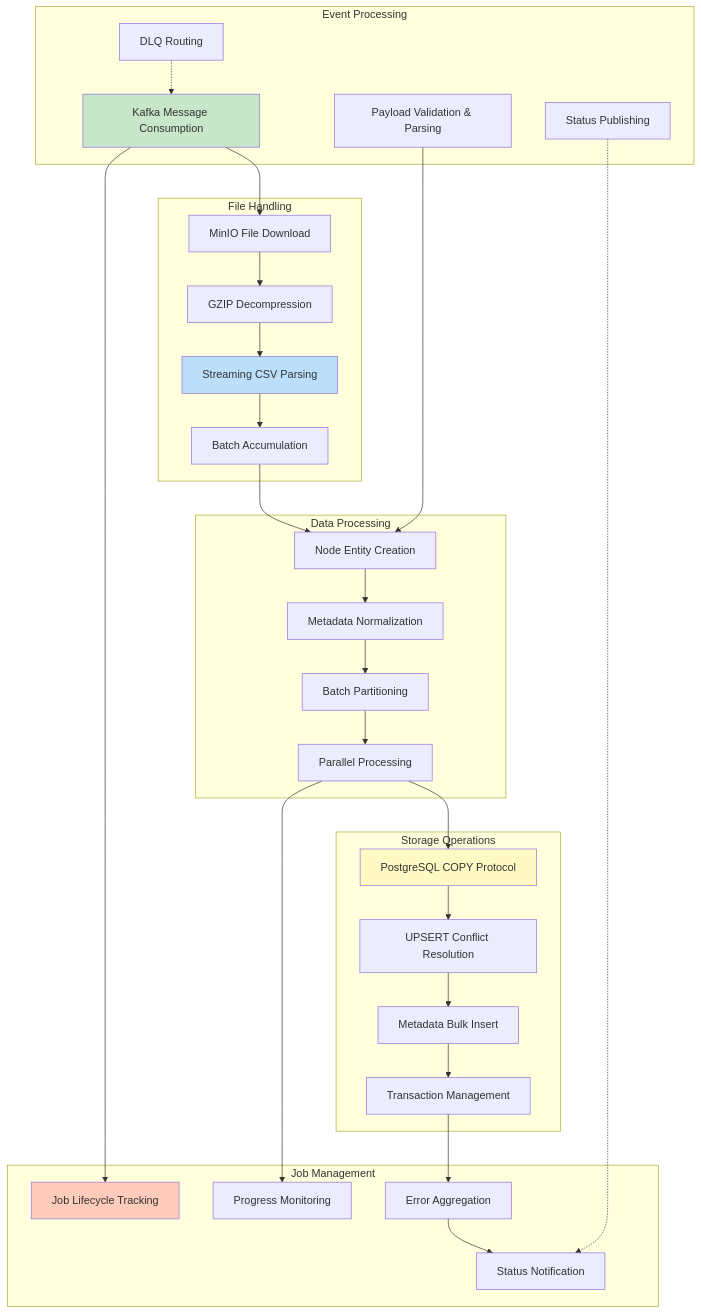
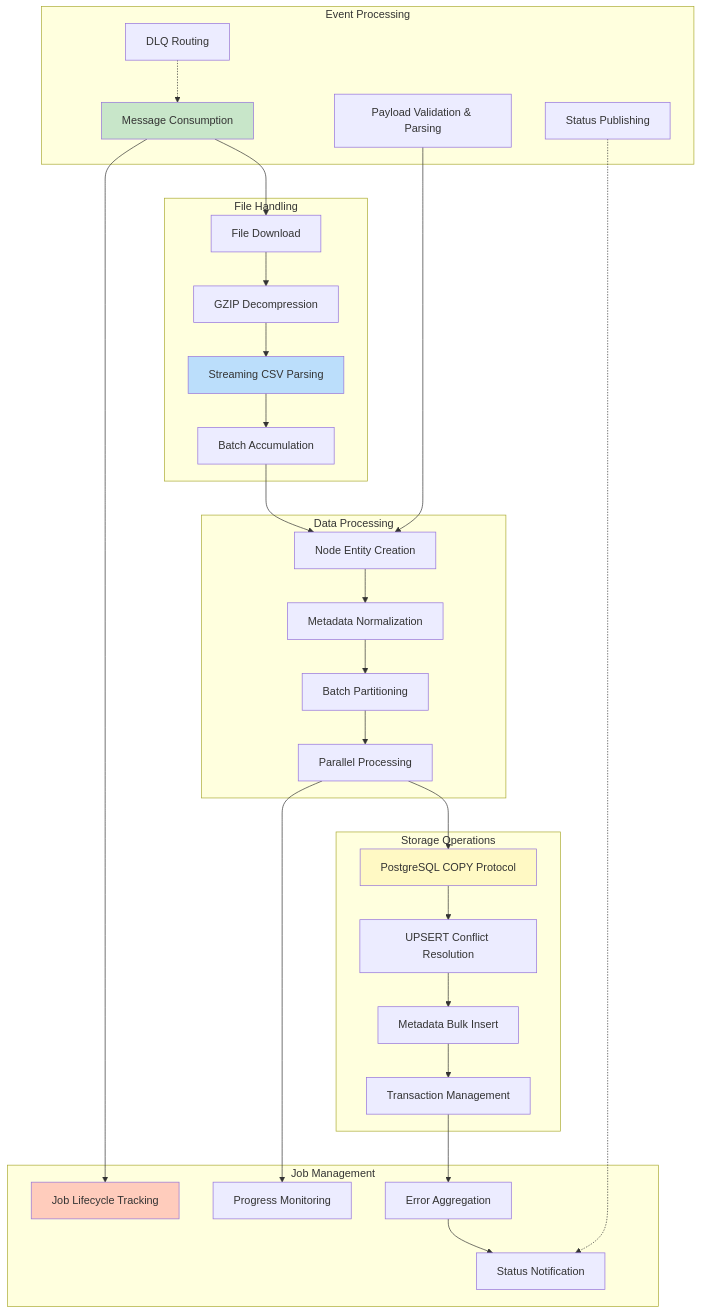
The second of 7 diagrams in docs/High Level Designs/NodesImport.md (kagit00/schedule_x), drawn with Mermaid before and after one commit. The commit also changed other lines of this file and 7 other files, not shown here.

````diff
--- a/docs/High Level Designs/NodesImport.md
+++ b/docs/High Level Designs/NodesImport.md
@@ -93,66 +95,66 @@
 ```mermaid
 graph TB
     subgraph "Event Processing"
-        F1[Kafka Message Consumption]
+        F1[Message Consumption]
         F2[Payload Validation & Parsing]
         F3[DLQ Routing]
         F4[Status Publishing]
     end
     
     subgraph "File Handling"
-        F5[MinIO File Download]
+        F5[File Download]
         F6[GZIP Decompression]
         F7[Streaming CSV Parsing]
         F8[Batch Accumulation]
     end
     
     subgraph "Data Processing"
         F9[Node Entity Creation]
         F10[Metadata Normalization]
         F11[Batch Partitioning]
         F12[Parallel Processing]
     end
     
     subgraph "Storage Operations"
         F13[PostgreSQL COPY Protocol]
         F14[UPSERT Conflict Resolution]
         F15[Metadata Bulk Insert]
         F16[Transaction Management]
     end
     
     subgraph "Job Management"
         F17[Job Lifecycle Tracking]
         F18[Progress Monitoring]
         F19[Error Aggregation]
         F20[Status Notification]
     end
     
     F1 --> F5
     F5 --> F6
     F6 --> F7
     F7 --> F8
     
     F2 --> F9
     F8 --> F9
     F9 --> F10
     F10 --> F11
     F11 --> F12
     
     F12 --> F13
     F13 --> F14
     F14 --> F15
     F15 --> F16
     
     F1 --> F17
     F12 --> F18
     F16 --> F19
     F19 --> F20
     
     F3 -.-> F1
     F4 -.-> F20
     
     style F1 fill:#C8E6C9
     style F7 fill:#BBDEFB
     style F13 fill:#FFF9C4
     style F17 fill:#FFCCBC
 ```
````
